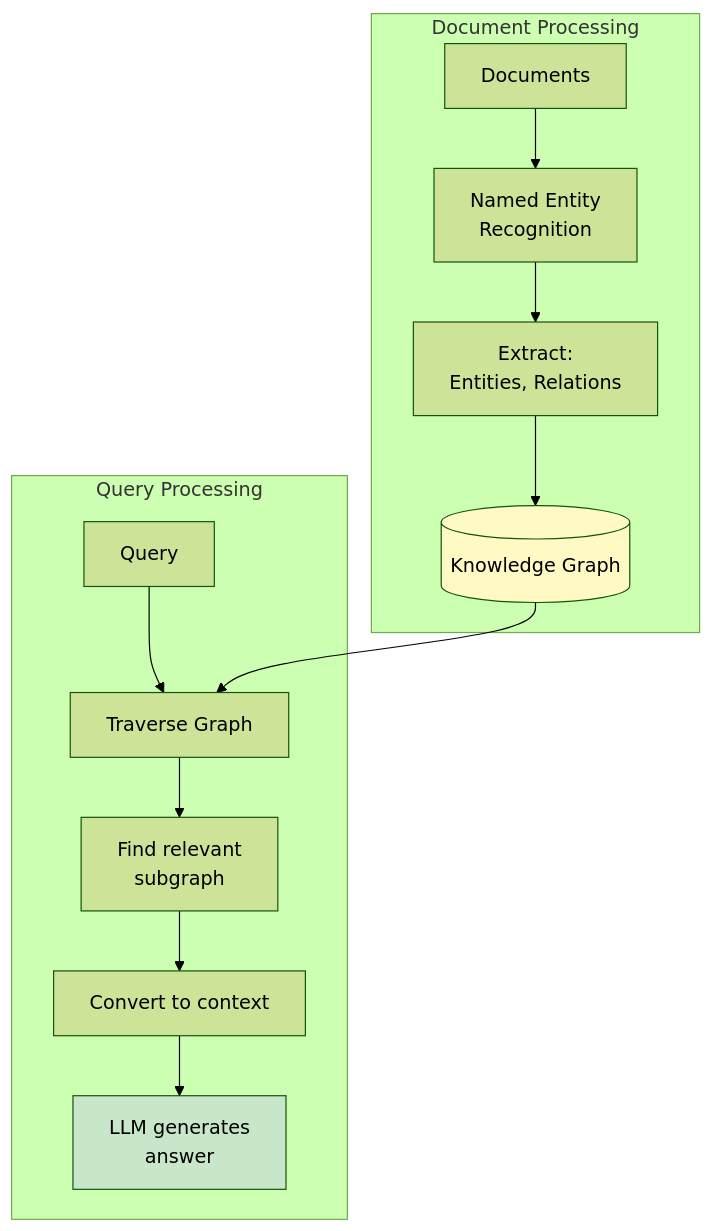
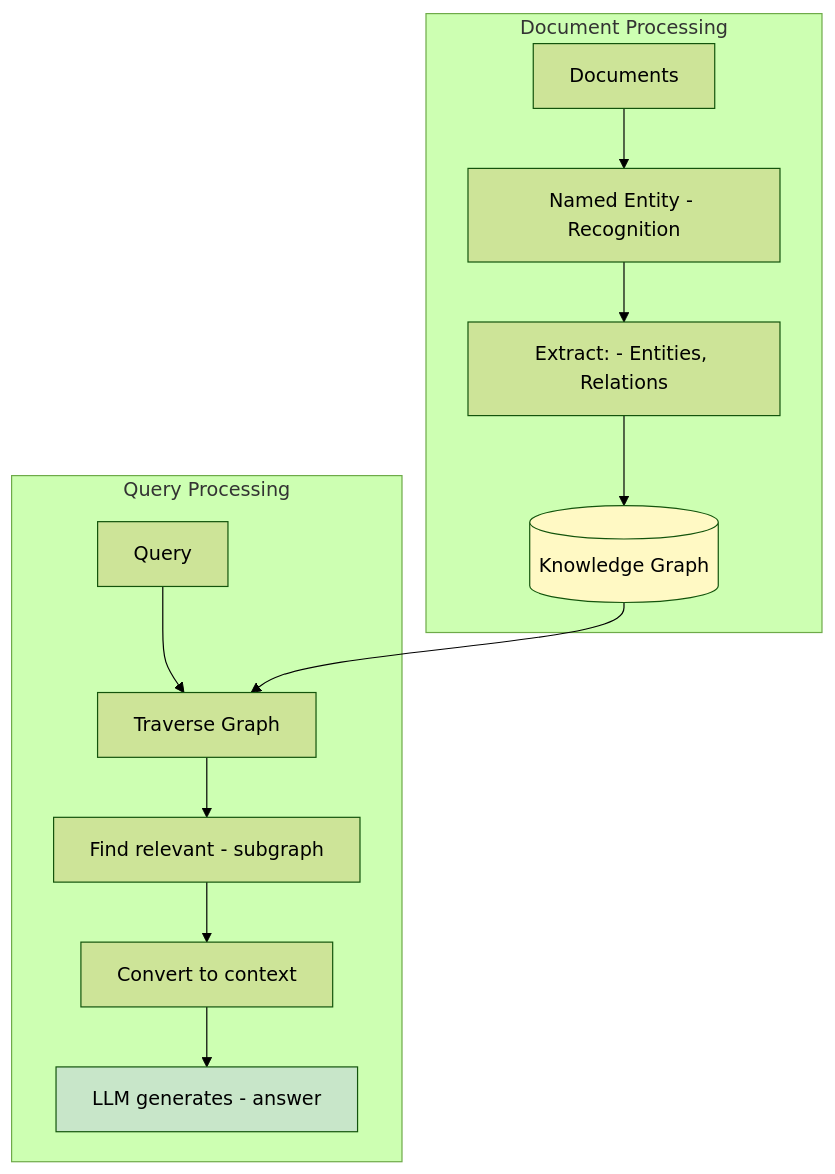
Before and after one commit to indhra/llm_rag_sec_findings: the sixth of 10 diagrams in docs/learning/08-advanced-rag.md, drawn with Mermaid (forest theme). The commit also changed other lines of this file and 9 other files, not shown here.

````diff
--- a/docs/learning/08-advanced-rag.md
+++ b/docs/learning/08-advanced-rag.md
@@ -265,19 +265,19 @@
 ```mermaid
 graph TB
     subgraph "Document Processing"
-        D[Documents] --> NER[Named Entity<br/>Recognition]
-        NER --> E[Extract:<br/>Entities, Relations]
+        D[Documents] --> NER[Named Entity - Recognition]
+        NER --> E[Extract: - Entities, Relations]
         E --> KG[(Knowledge Graph)]
     end
     
     subgraph "Query Processing"
         Q[Query] --> T[Traverse Graph]
         KG --> T
-        T --> SP[Find relevant<br/>subgraph]
+        T --> SP[Find relevant - subgraph]
         SP --> C[Convert to context]
-        C --> LLM[LLM generates<br/>answer]
+        C --> LLM[LLM generates - answer]
     end
     
     style KG fill:#fff9c4
     style LLM fill:#c8e6c9
 ```
````
